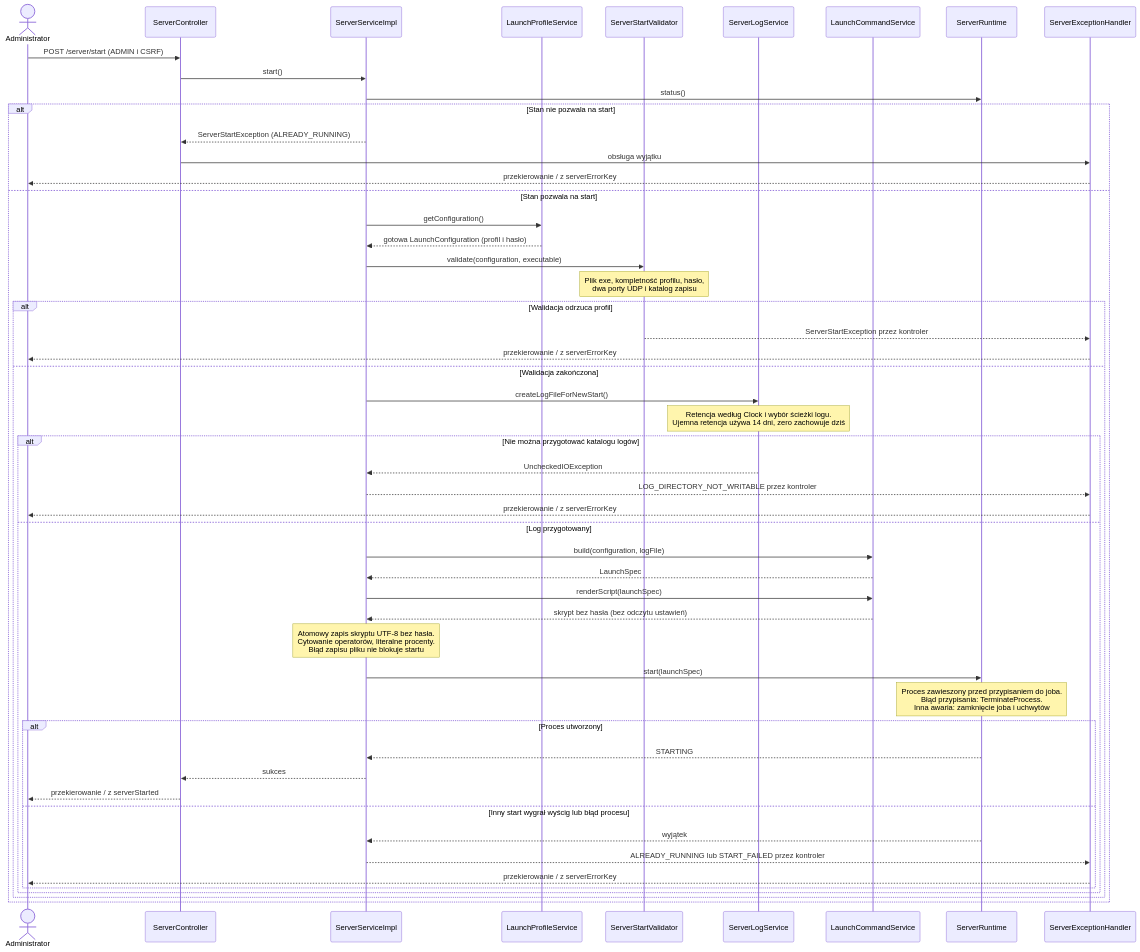
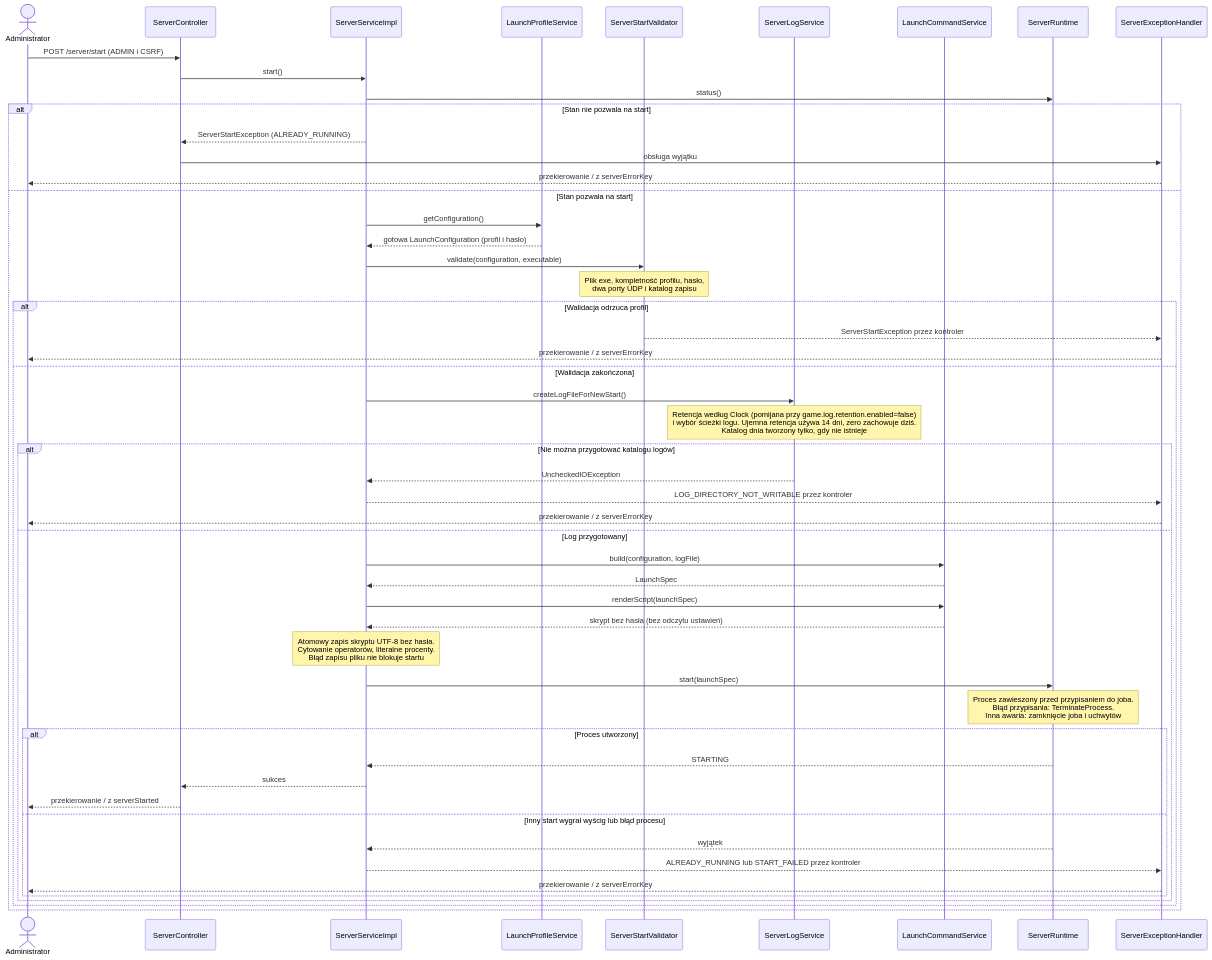
Before and after one commit to Pplociennik/vDeck: the diagram in dokumentacja/diagramy/server/przeplyw-uruchomienie-serwera.mmd, drawn with Mermaid. The commit also changed 19 other files, not shown here.

```diff
--- a/dokumentacja/diagramy/server/przeplyw-uruchomienie-serwera.mmd
+++ b/dokumentacja/diagramy/server/przeplyw-uruchomienie-serwera.mmd
@@ -1,53 +1,53 @@
 %% Diagram sekwencji: uruchomienie serwera Valheim
 sequenceDiagram
     actor Admin as Administrator
     participant Web as ServerController
     participant Service as ServerServiceImpl
     participant Profile as LaunchProfileService
     participant Validator as ServerStartValidator
     participant Logs as ServerLogService
     participant Command as LaunchCommandService
     participant Runtime as ServerRuntime
     participant Advice as ServerExceptionHandler
     Admin->>Web: POST /server/start (ADMIN i CSRF)
     Web->>Service: start()
     Service->>Runtime: status()
     alt Stan nie pozwala na start
         Service-->>Web: ServerStartException (ALREADY_RUNNING)
         Web->>Advice: obsługa wyjątku
         Advice-->>Admin: przekierowanie / z serverErrorKey
     else Stan pozwala na start
         Service->>Profile: getConfiguration()
         Profile-->>Service: gotowa LaunchConfiguration (profil i hasło)
         Service->>Validator: validate(configuration, executable)
         Note over Validator: Plik exe, kompletność profilu, hasło,<br/>dwa porty UDP i katalog zapisu
         alt Walidacja odrzuca profil
             Validator-->>Advice: ServerStartException przez kontroler
             Advice-->>Admin: przekierowanie / z serverErrorKey
         else Walidacja zakończona
             Service->>Logs: createLogFileForNewStart()
-            Note over Logs: Retencja według Clock i wybór ścieżki logu.<br/>Ujemna retencja używa 14 dni, zero zachowuje dziś
+            Note over Logs: Retencja według Clock (pomijana przy game.log.retention.enabled=false)<br/>i wybór ścieżki logu. Ujemna retencja używa 14 dni, zero zachowuje dziś.<br/>Katalog dnia tworzony tylko, gdy nie istnieje
             alt Nie można przygotować katalogu logów
                 Logs-->>Service: UncheckedIOException
                 Service-->>Advice: LOG_DIRECTORY_NOT_WRITABLE przez kontroler
                 Advice-->>Admin: przekierowanie / z serverErrorKey
             else Log przygotowany
                 Service->>Command: build(configuration, logFile)
                 Command-->>Service: LaunchSpec
                 Service->>Command: renderScript(launchSpec)
                 Command-->>Service: skrypt bez hasła (bez odczytu ustawień)
                 Note over Service: Atomowy zapis skryptu UTF-8 bez hasła.<br/>Cytowanie operatorów, literalne procenty.<br/>Błąd zapisu pliku nie blokuje startu
                 Service->>Runtime: start(launchSpec)
                 Note over Runtime: Proces zawieszony przed przypisaniem do joba.<br/>Błąd przypisania: TerminateProcess.<br/>Inna awaria: zamknięcie joba i uchwytów
                 alt Proces utworzony
                     Runtime-->>Service: STARTING
                     Service-->>Web: sukces
                     Web-->>Admin: przekierowanie / z serverStarted
                 else Inny start wygrał wyścig lub błąd procesu
                     Runtime-->>Service: wyjątek
                     Service-->>Advice: ALREADY_RUNNING lub START_FAILED przez kontroler
                     Advice-->>Admin: przekierowanie / z serverErrorKey
                 end
             end
         end
     end
```
